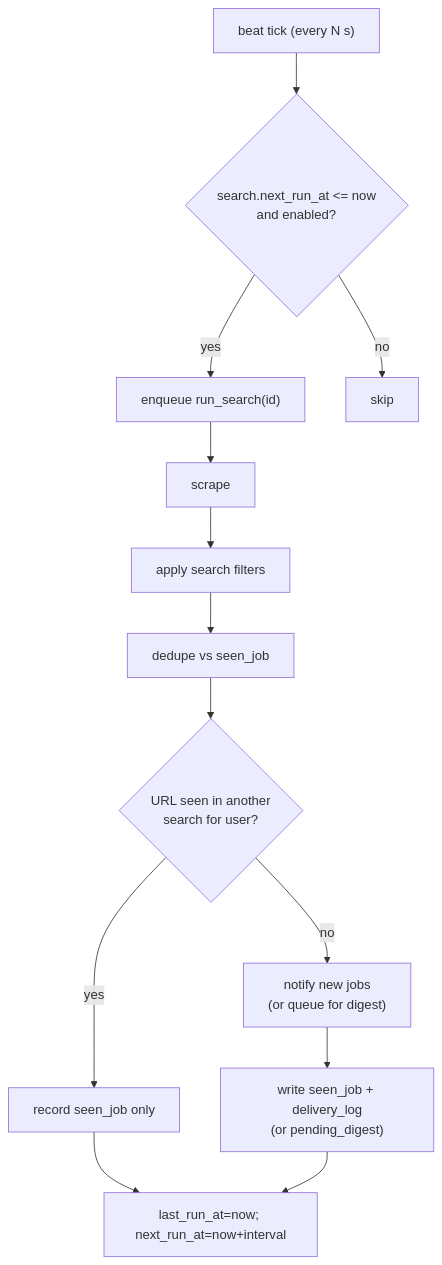
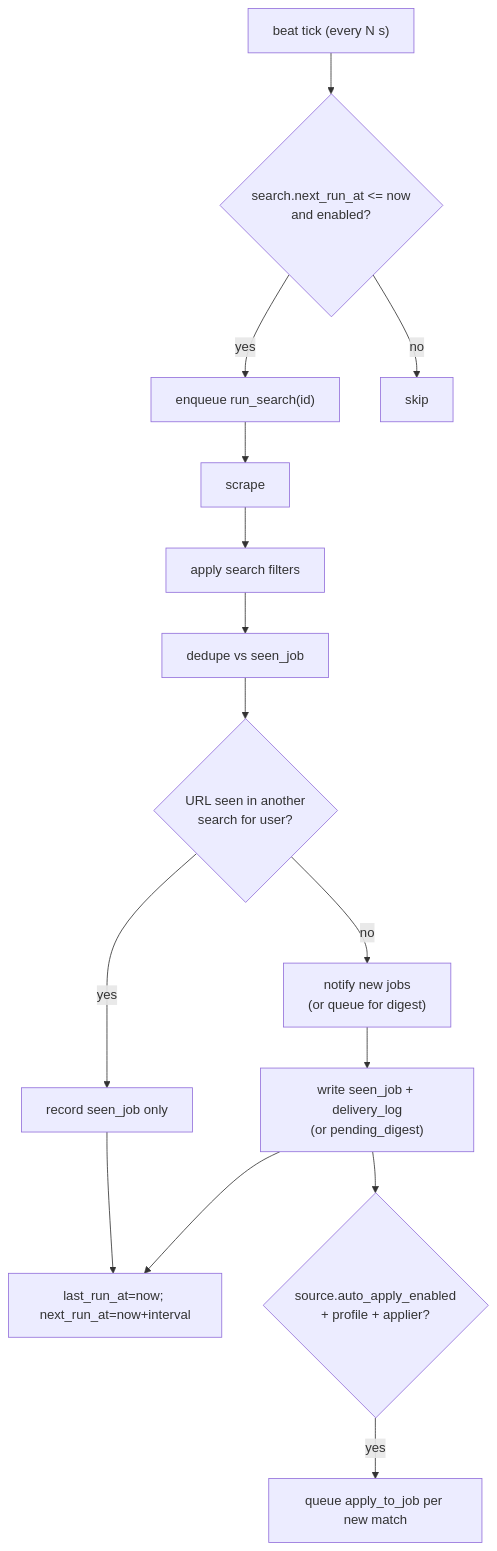
The diagram in docs/modules/worker.md (davidcristian/HeadStart), drawn with Mermaid before and after one commit. The commit also changed other lines of this file and 17 other files, not shown here.

First line of the commit message:
feat: auto-apply queue from pipeline on new search matches

````diff
--- a/docs/modules/worker.md
+++ b/docs/modules/worker.md
@@ -34,14 +34,16 @@
 ```mermaid
 flowchart TD
   tick["beat tick (every N s)"] --> q{"search.next_run_at <= now\nand enabled?"}
   q -->|yes| enqueue["enqueue run_search(id)"]
   q -->|no| skip[skip]
   enqueue --> scrape[scrape] --> filter[apply search filters]
   filter --> dedupe[dedupe vs seen_job]
   dedupe --> cross{"URL seen in another\nsearch for user?"}
   cross -->|yes| record_only[record seen_job only]
   cross -->|no| notify["notify new jobs\n(or queue for digest)"]
   record_only --> reschedule
   notify --> record["write seen_job + delivery_log\n(or pending_digest)"]
   record --> reschedule["last_run_at=now; next_run_at=now+interval"]
+  record --> autoapply{"source.auto_apply_enabled\n+ profile + applier?"}
+  autoapply -->|yes| enqueue_apply["queue apply_to_job per new match"]
 ```
````
